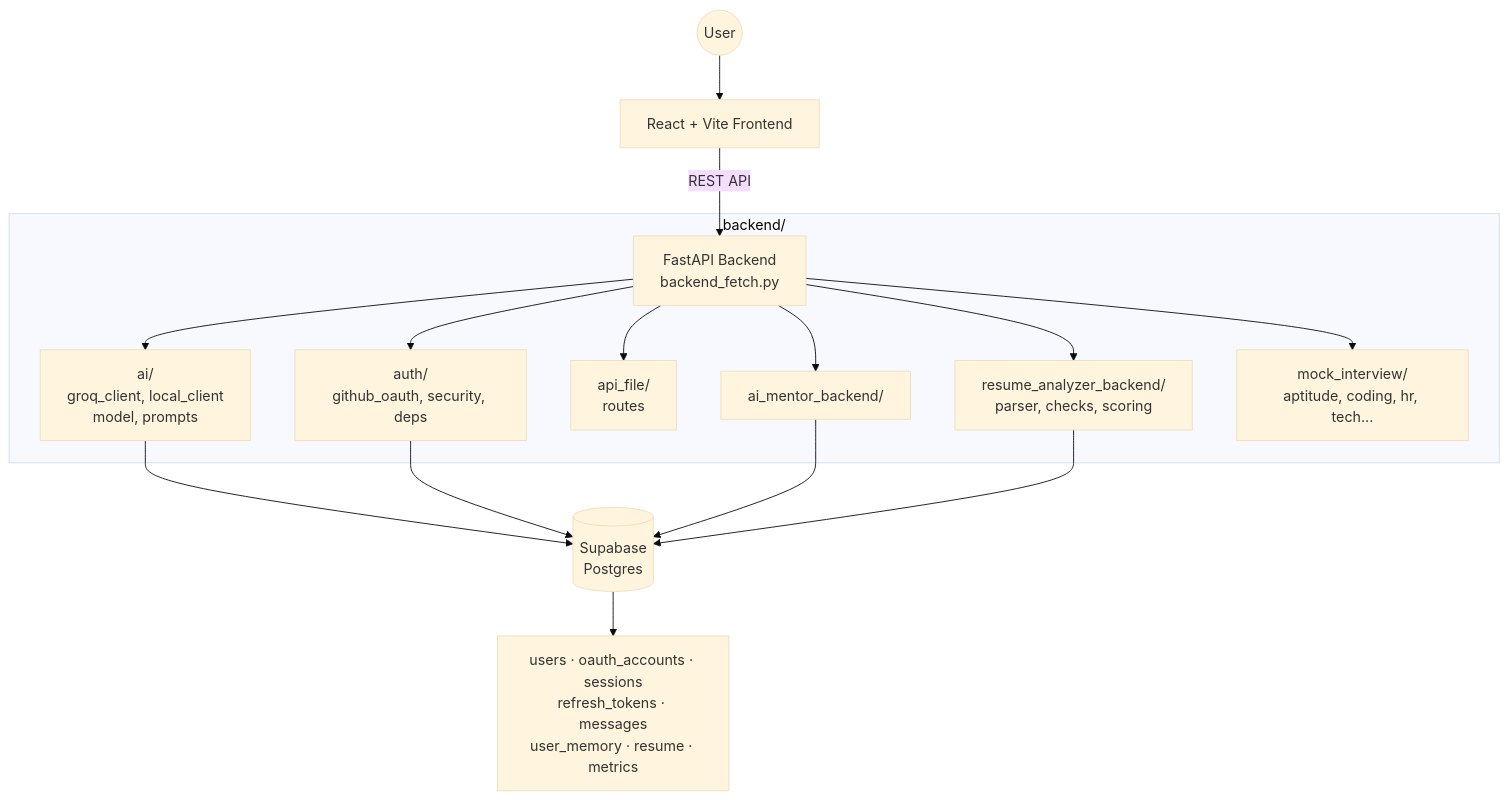
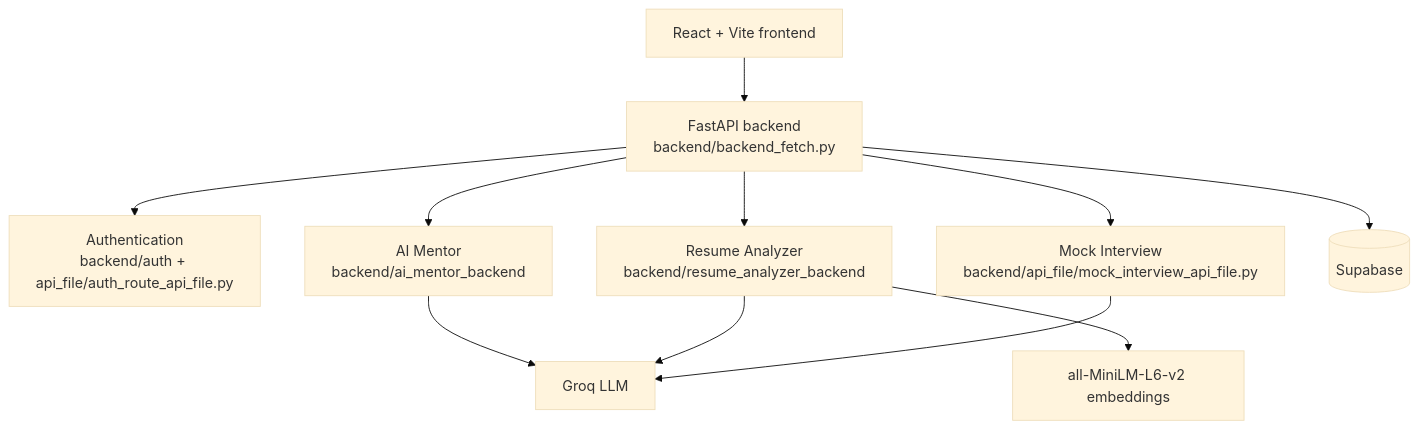
One commit to Dinpikha/Interview-prep changed the diagram in README.md. Above: the diagram before and after it, drawn with Mermaid (base theme). The commit also changed other lines of this file and 33 other files, not shown here.

````diff
--- a/README.md
+++ b/README.md
@@ -56,21 +25,15 @@
 ```mermaid
-graph TD
-    User(("User")) --> Frontend["React + Vite Frontend"]
-    Frontend -->|"REST API"| Backend["FastAPI Backend\nbackend_fetch.py"]
+flowchart TD
+    Frontend["React + Vite frontend"] --> API["FastAPI backend<br/>backend/backend_fetch.py"]
 
-    subgraph Modules["backend/"]
-        Backend --> AI["ai/\ngroq_client, local_client\nmodel, prompts"]
-        Backend --> AuthMod["auth/\ngithub_oauth, security, deps"]
-        Backend --> API["api_file/\nroutes"]
-        Backend --> Mentor["ai_mentor_backend/"]
-        Backend --> Resume["resume_analyzer_backend/\nparser, checks, scoring"]
-        Backend --> Mock["mock_interview/\naptitude, coding, hr, tech..."]
-    end
+    API --> Auth["Authentication<br/>backend/auth + api_file/auth_route_api_file.py"]
+    API --> Mentor["AI Mentor<br/>backend/ai_mentor_backend"]
+    API --> Resume["Resume Analyzer<br/>backend/resume_analyzer_backend"]
+    API --> Mock["Mock Interview<br/>backend/api_file/mock_interview_api_file.py"]
+    API --> DB[("Supabase")]
 
-    AI --> DB[("Supabase\nPostgres")]
-    AuthMod --> DB
-    Mentor --> DB
-    Resume --> DB
-
-    DB --> Tables["users · oauth_accounts · sessions\nrefresh_tokens · messages\nuser_memory · resume · metrics"]
+    Mentor --> Groq["Groq LLM"]
+    Resume --> Groq
+    Mock --> Groq
+    Resume --> Embeddings["all-MiniLM-L6-v2 embeddings"]
 ```
````
